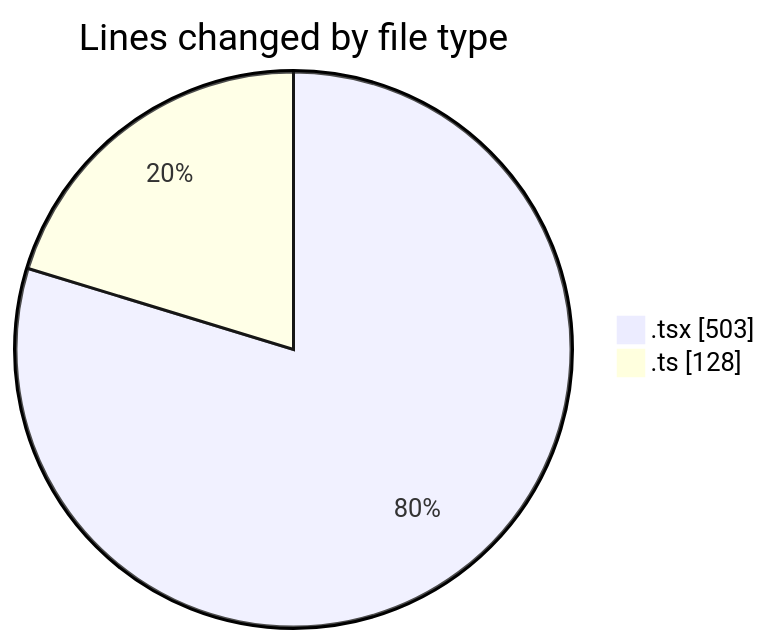
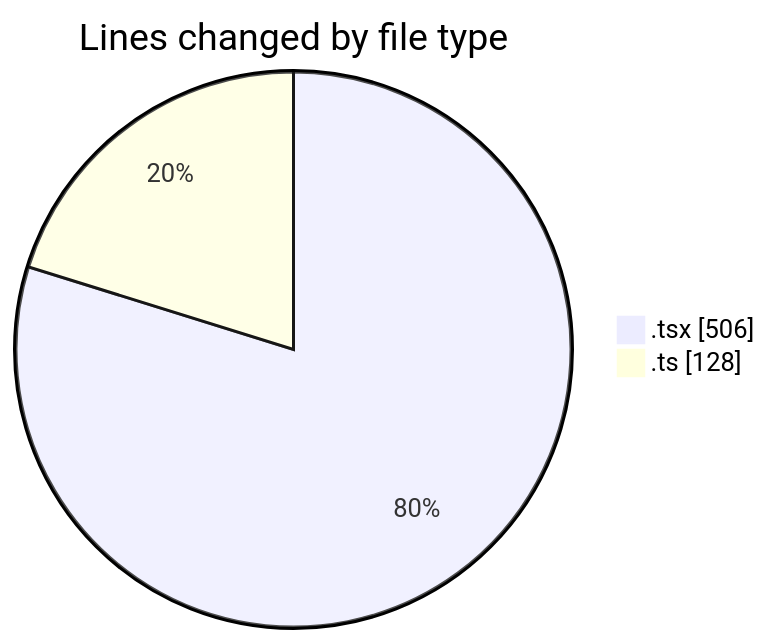
Before and after one commit to nxtqubesakshisongat/code-tracking: the first of 2 diagrams in 2026-04-20/airfeed-analytics-dashboard/README.md, drawn with Mermaid. The commit also changed other lines of this file and 1 other file, not shown here.

````diff
--- a/2026-04-20/airfeed-analytics-dashboard/README.md
+++ b/2026-04-20/airfeed-analytics-dashboard/README.md
@@ -23,6 +23,6 @@
 ```mermaid
 pie showData
 title Lines changed by file type
-".tsx" : 503
+".tsx" : 506
 ".ts" : 128
 ```
````
